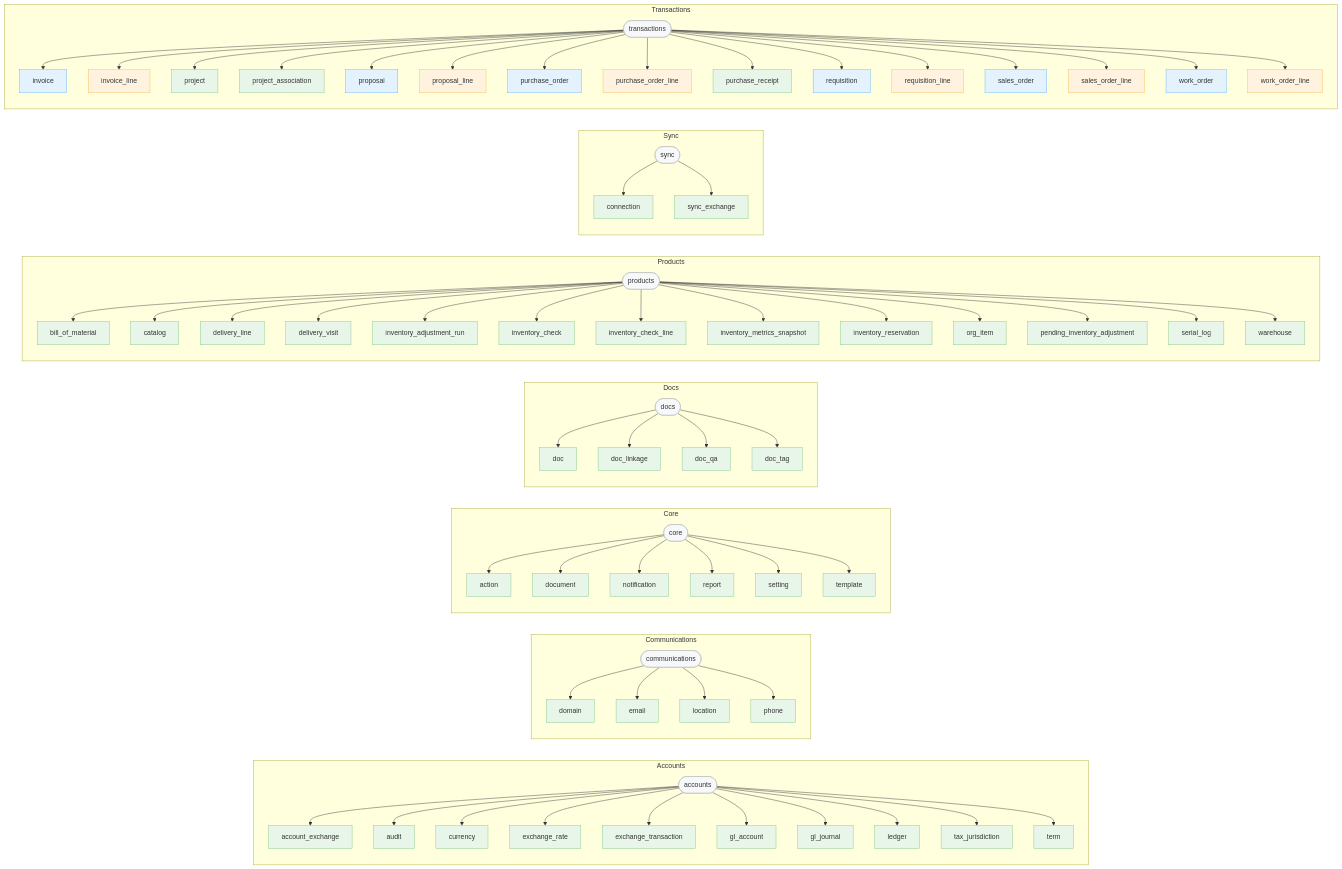
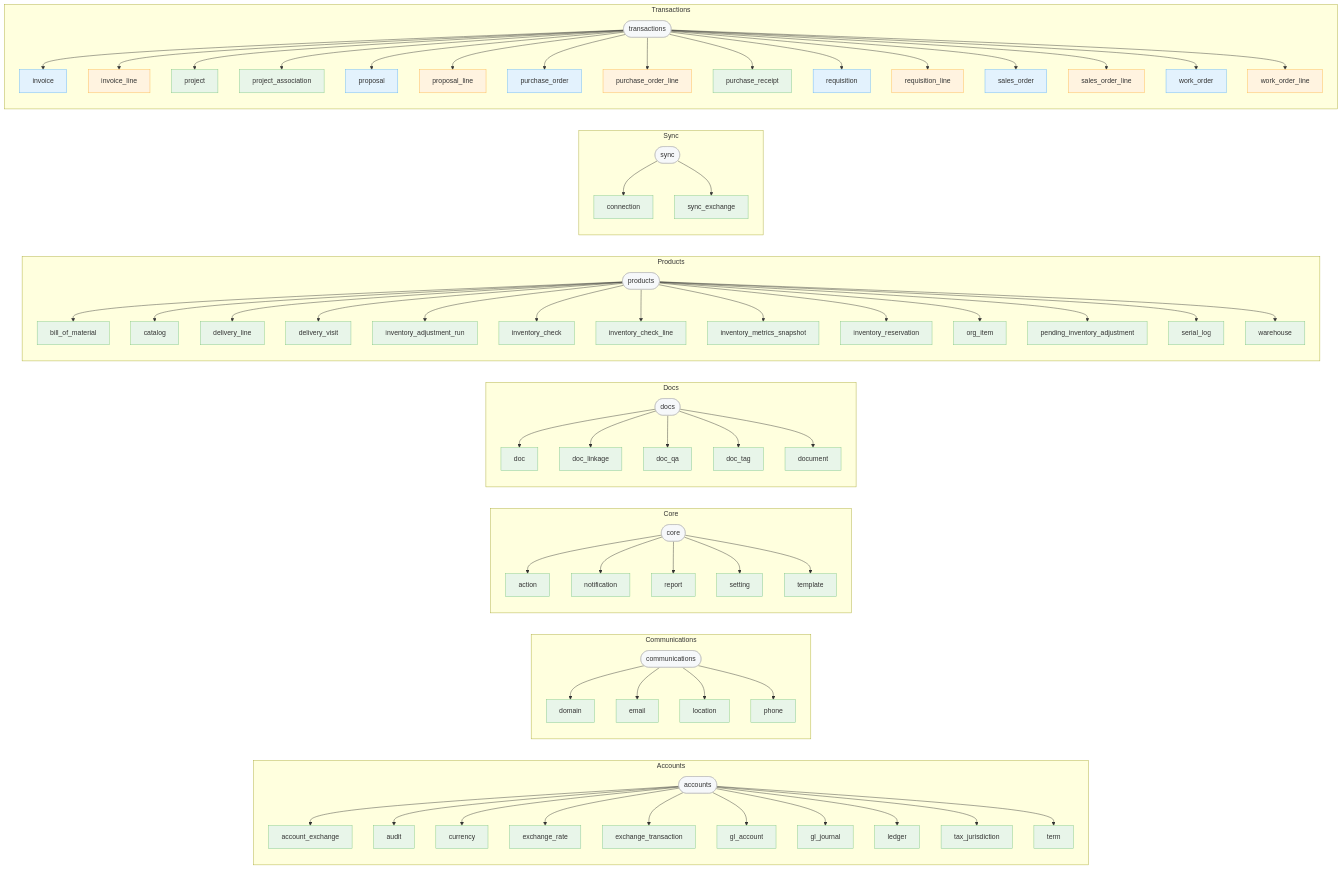
Before and after one commit to JPods/WebClerk: the diagram in readmes/model-registry.md, drawn with Mermaid. The commit also changed other lines of this file and 51 other files, not shown here.

Commit message:
Workorders and their flow.

```diff
--- a/readmes/model-registry.md
+++ b/readmes/model-registry.md
@@ -229,9 +209,6 @@
     action["action"]
     app_core --> action
     class action support
-    document["document"]
-    app_core --> document
-    class document support
     notification["notification"]
     app_core --> notification
     class notification support
@@ -261,6 +238,9 @@
     doc_tag["doc_tag"]
     app_docs --> doc_tag
     class doc_tag support
+    document["document"]
+    app_docs --> document
+    class document support
   end
   subgraph Products
     direction TB
```
